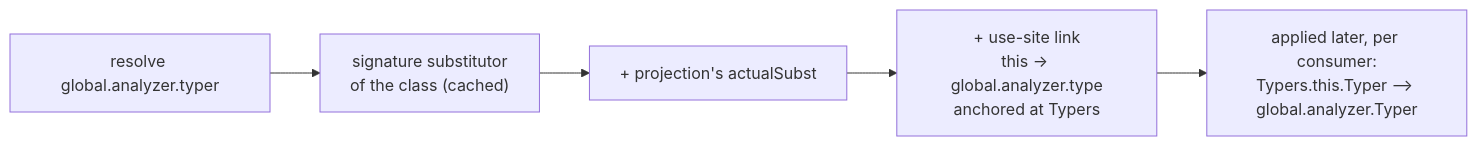
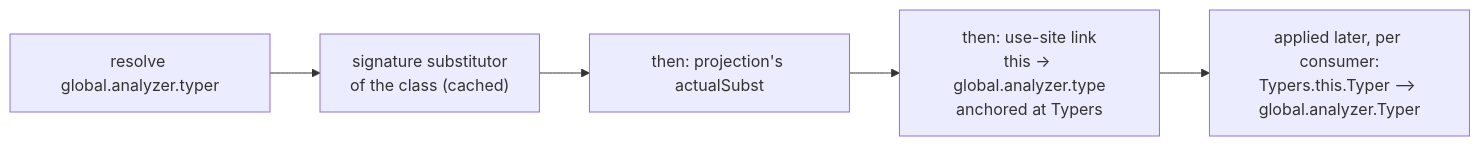
One commit to retronym/talks changed the second of 6 diagrams in intellij-cake/talk.md. Above: the diagram before and after it, drawn with Mermaid. The commit also changed 1 other file, not shown here.

Commit message:
Talk: fix §6 diagram labels

````diff
--- a/intellij-cake/talk.md
+++ b/intellij-cake/talk.md
@@ -154,7 +154,7 @@
 ```mermaid
 flowchart LR
   R["resolve global.analyzer.typer"] --> S1["signature substitutor<br/>of the class (cached)"]
-  S1 --> S2["+ projection's actualSubst"]
-  S2 --> S3["+ use-site link<br/>this → global.analyzer.type<br/>anchored at Typers"]
+  S1 --> S2["then: projection's actualSubst"]
+  S2 --> S3["then: use-site link<br/>this → global.analyzer.type<br/>anchored at Typers"]
   S3 --> A["applied later, per consumer:<br/>Typers.this.Typer ⟶ global.analyzer.Typer"]
 ```
````
